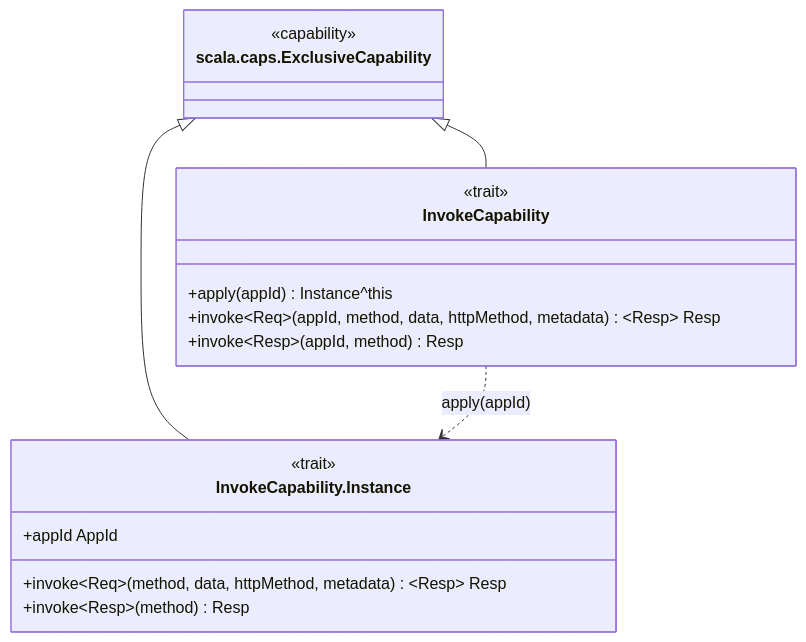
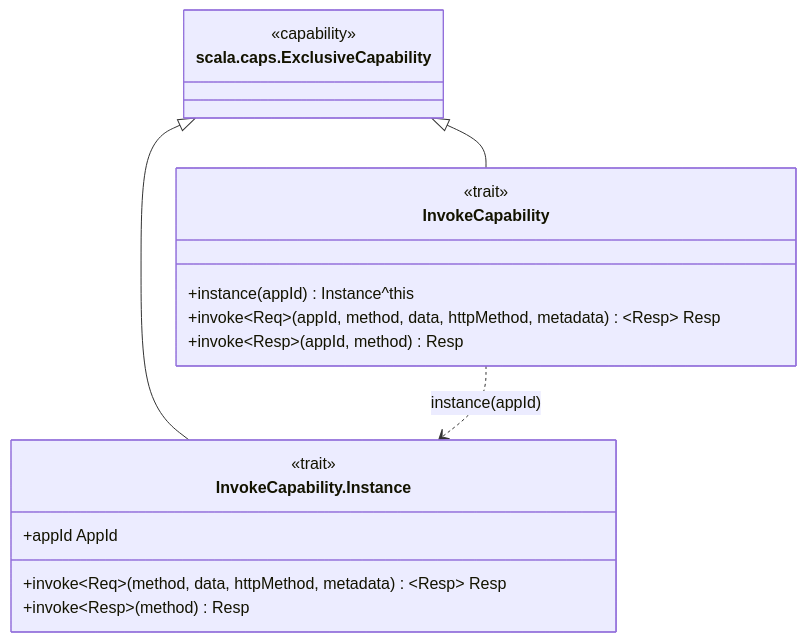
Before and after one commit to sideeffffect/dapr4s: diagram 11 of 15 in docs/CAPABILITY-HIERARCHY.md, drawn with Mermaid. The commit also changed other lines of this file and 26 other files, not shown here.

````diff
--- a/docs/CAPABILITY-HIERARCHY.md
+++ b/docs/CAPABILITY-HIERARCHY.md
@@ -439,23 +439,23 @@
 ```mermaid
 classDiagram
     direction TB
     class ExclusiveCapability["scala.caps.ExclusiveCapability"]
     <<capability>> ExclusiveCapability
 
     class InvokeCapability {
         <<trait>>
-        +apply(appId) Instance^this
+        +instance(appId) Instance^this
         +invoke~Req~(appId, method, data, httpMethod, metadata)~Resp~ Resp
         +invoke~Resp~(appId, method) Resp
     }
 
     class InvokeCapability_Instance["InvokeCapability.Instance"]
     <<trait>> InvokeCapability_Instance
     InvokeCapability_Instance : +appId AppId
     InvokeCapability_Instance : +invoke~Req~(method, data, httpMethod, metadata)~Resp~ Resp
     InvokeCapability_Instance : +invoke~Resp~(method) Resp
 
     ExclusiveCapability <|-- InvokeCapability
     ExclusiveCapability <|-- InvokeCapability_Instance
-    InvokeCapability ..> InvokeCapability_Instance : apply(appId)
+    InvokeCapability ..> InvokeCapability_Instance : instance(appId)
 ```
````
